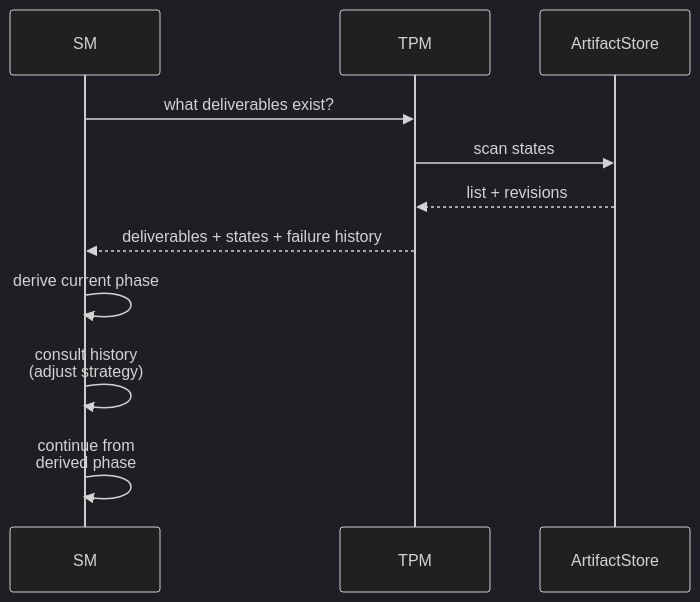
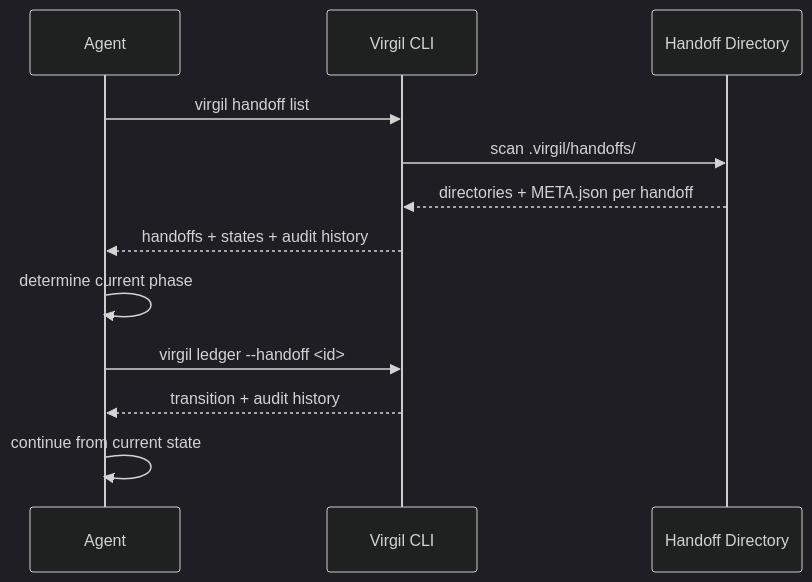
The diagram in docs/reference/principia/sections/29-recovery.md (virgenherrera/virgil), drawn with Mermaid (dark theme) before and after one commit. The commit also changed other lines of this file and 31 other files, not shown here.

````diff
--- a/docs/reference/principia/sections/29-recovery.md
+++ b/docs/reference/principia/sections/29-recovery.md
@@ -32,15 +32,16 @@
 ```mermaid
 sequenceDiagram
-    participant SM as SM
-    participant TPM as TPM
-    participant STORE as ArtifactStore
+    participant AGENT as Agent
+    participant CLI as Virgil CLI
+    participant FS as Handoff Directory
 
-    SM->>TPM: what deliverables exist?
-    TPM->>STORE: scan states
-    STORE-->>TPM: list + revisions
-    TPM-->>SM: deliverables + states + failure history
+    AGENT->>CLI: virgil handoff list
+    CLI->>FS: scan .virgil/handoffs/
+    FS-->>CLI: directories + META.json per handoff
+    CLI-->>AGENT: handoffs + states + audit history
 
-    SM->>SM: derive current phase
-    SM->>SM: consult history<br/>(adjust strategy)
-    SM->>SM: continue from<br/>derived phase
+    AGENT->>AGENT: determine current phase
+    AGENT->>CLI: virgil ledger --handoff <id>
+    CLI-->>AGENT: transition + audit history
+    AGENT->>AGENT: continue from current state
 ```
````
